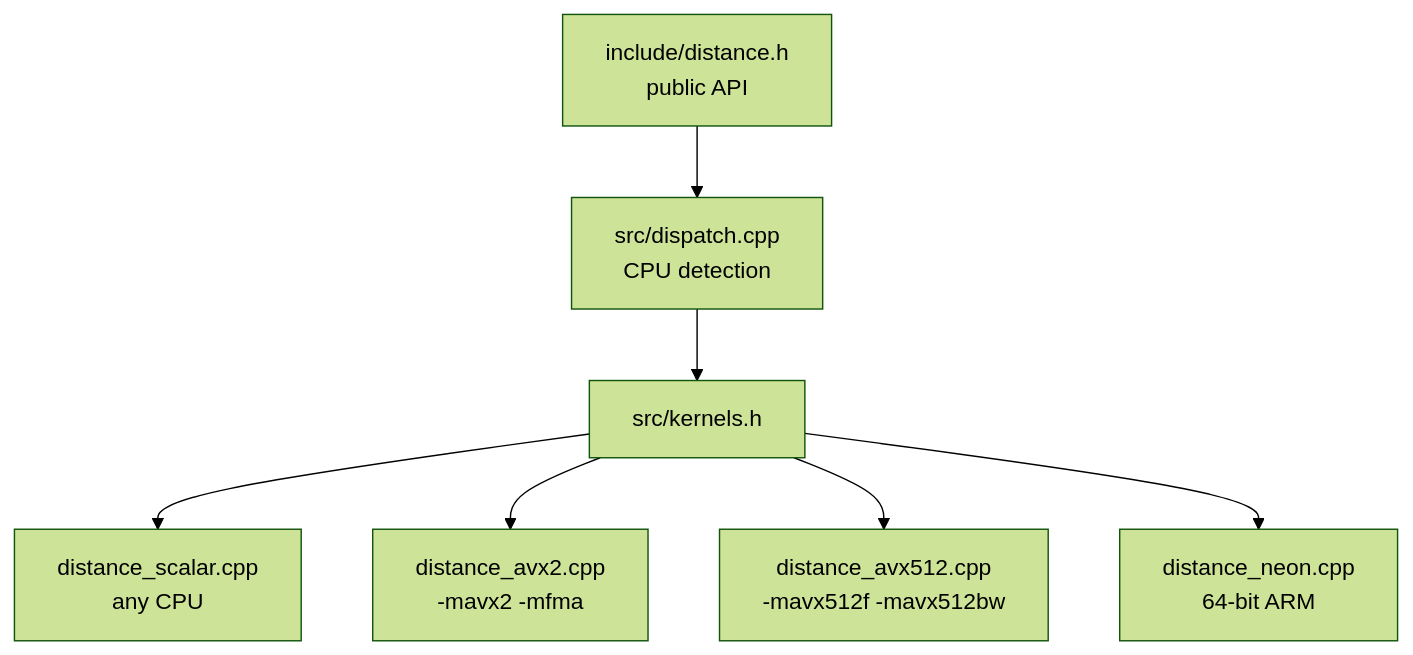
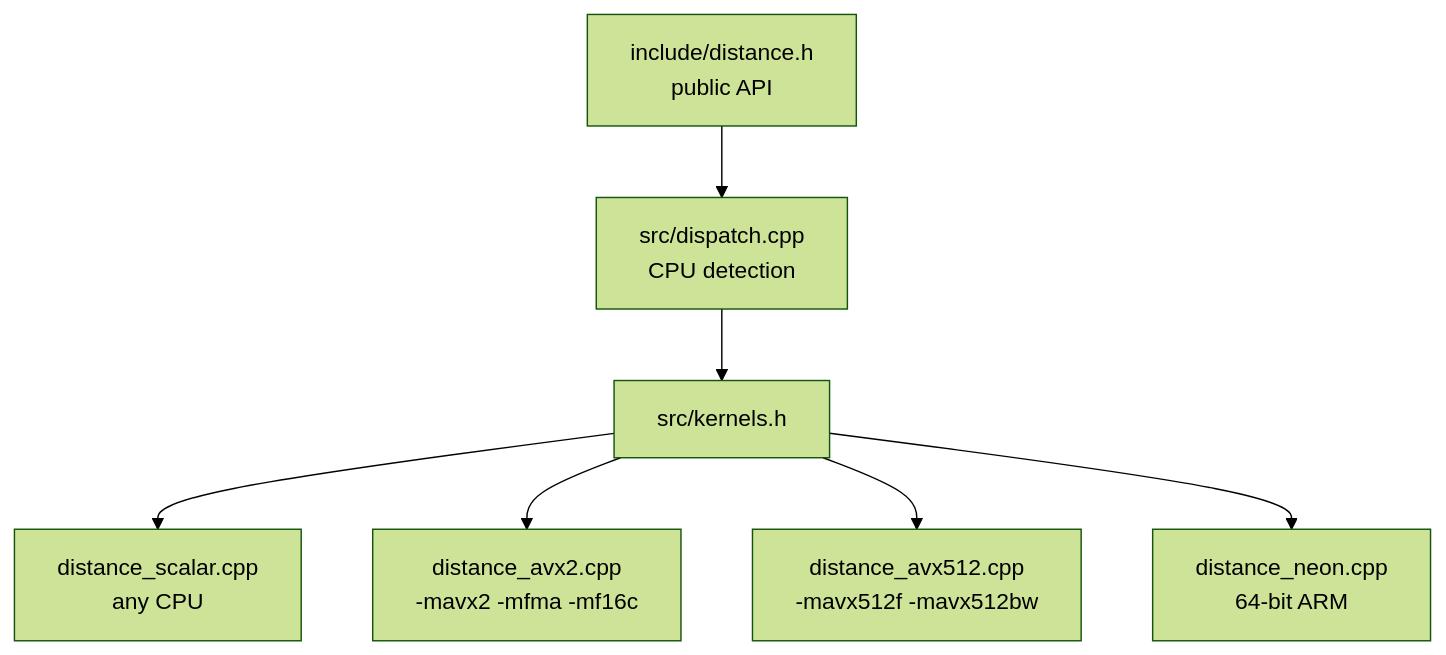
One commit to praknig/hnsw_lite changed the third of 4 diagrams in docs/architecture.md. Above: the diagram before and after it, drawn with Mermaid (forest theme). The commit also changed other lines of this file and 14 other files, not shown here.

````diff
--- a/docs/architecture.md
+++ b/docs/architecture.md
@@ -43,9 +42,9 @@
 ```mermaid
 flowchart TB
     D["include/distance.h<br/>public API"] --> DP["src/dispatch.cpp<br/>CPU detection"]
     DP --> K["src/kernels.h"]
     K --> SC["distance_scalar.cpp<br/>any CPU"]
-    K --> A2["distance_avx2.cpp<br/>-mavx2 -mfma"]
+    K --> A2["distance_avx2.cpp<br/>-mavx2 -mfma -mf16c"]
     K --> A5["distance_avx512.cpp<br/>-mavx512f -mavx512bw"]
     K --> NE["distance_neon.cpp<br/>64-bit ARM"]
 ```
````
